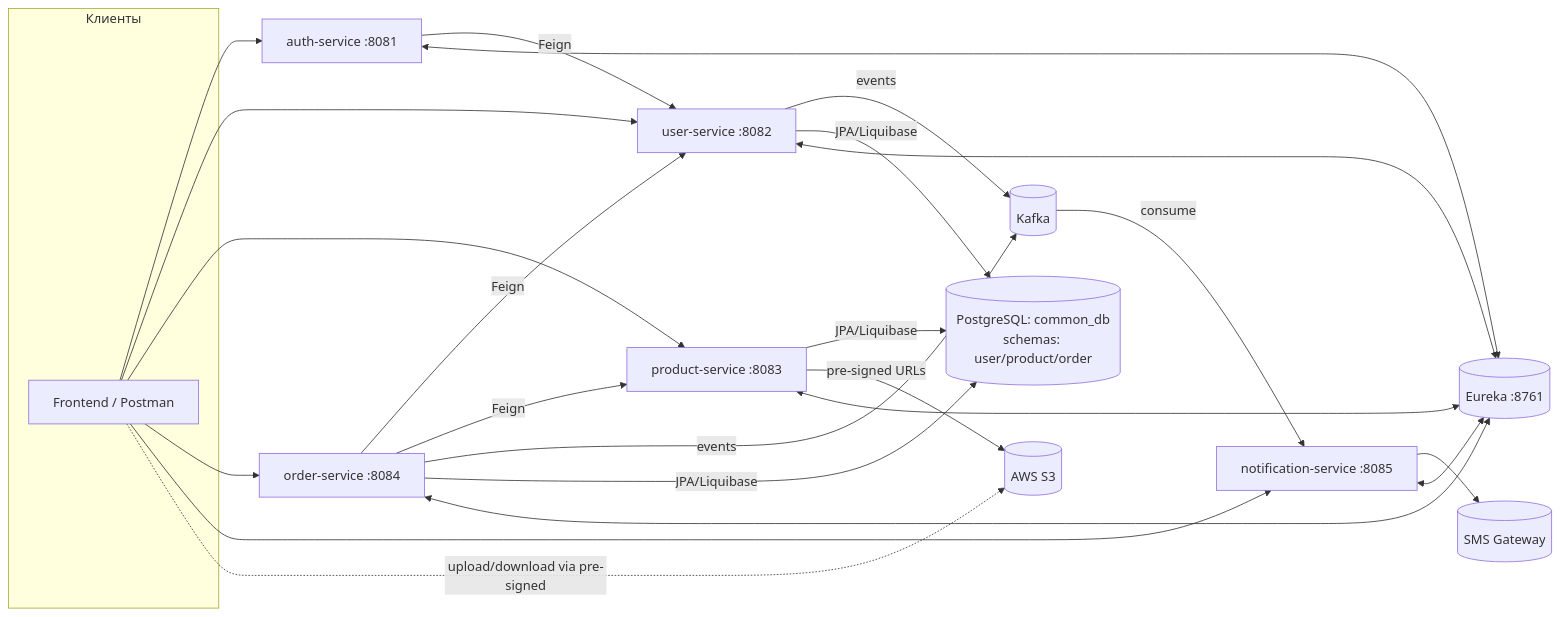
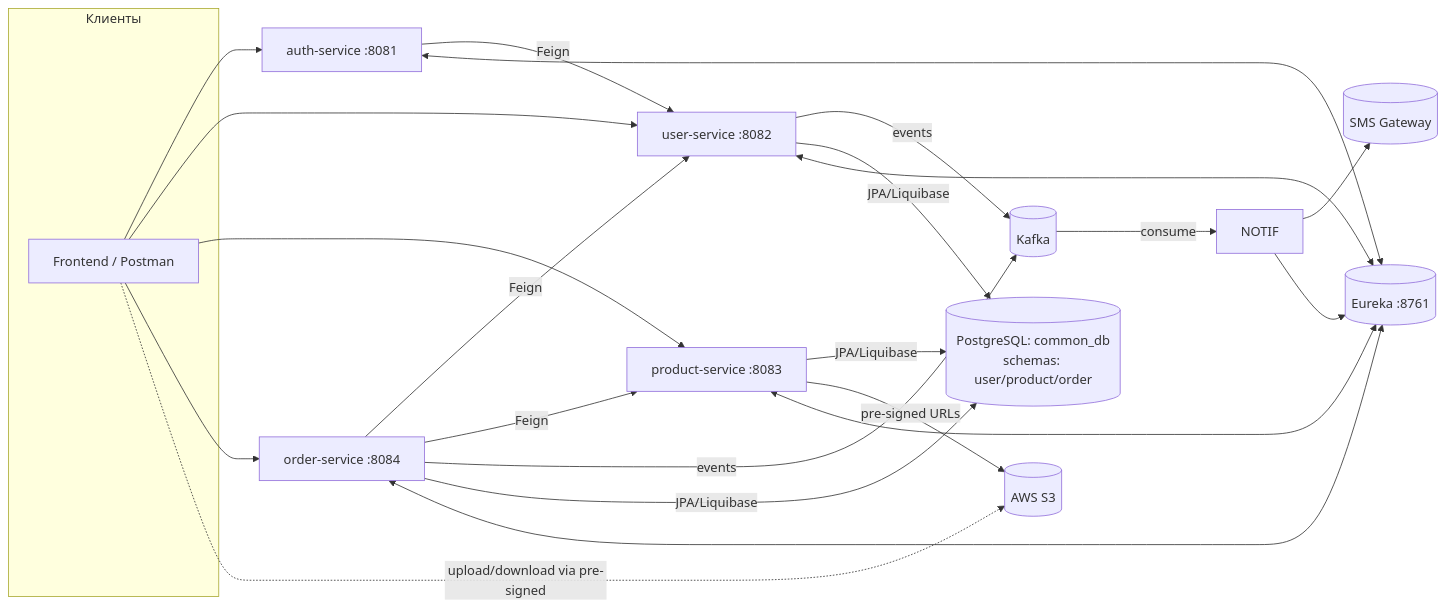
One commit to usmanovaalv-coder/e-commerce-platform changed the second of 2 diagrams in README.md. Above: the diagram before and after it, drawn with Mermaid. The commit also changed other lines of this file, not shown here.

Commit message:
002 - Add OpenAPI / Swagger UI

````diff
--- a/README.md
+++ b/README.md
@@ -259,40 +258,39 @@
 ```mermaid
 flowchart LR
   subgraph Клиенты
     UI[Frontend / Postman]
   end
 
   %% UI entry points
   UI --> AUTH[auth-service :8081]
   UI --> USER[user-service :8082]
   UI --> PROD[product-service :8083]
   UI --> ORDER[order-service :8084]
-  UI --> NOTIF[notification-service :8085]
 
   %% Sync calls (Feign via Eureka)
   AUTH -- Feign --> USER
   ORDER -- Feign --> USER
   ORDER -- Feign --> PROD
 
   %% Async notifications (Kafka)
   ORDER -- events --> KAFKA[(Kafka)]
   USER  -- events --> KAFKA
   KAFKA -- consume --> NOTIF
   NOTIF --> SMS[(SMS Gateway)]
 
   %% Persistence (only these services use DB)
   USER  -->|JPA/Liquibase| PG[(PostgreSQL: common_db\nschemas: user/product/order)]
   PROD  -->|JPA/Liquibase| PG
   ORDER -->|JPA/Liquibase| PG
 
   %% S3 pre-signed URLs
   PROD -->|pre-signed URLs| S3[(AWS S3)]
   UI -. upload/download via pre-signed .-> S3
 
   %% Service discovery (all services)
   AUTH  <--> EUREKA[(Eureka :8761)]
   USER  <--> EUREKA
   PROD  <--> EUREKA
   ORDER <--> EUREKA
-  NOTIF <--> EUREKA
+  NOTIF --> EUREKA
 ```
````
